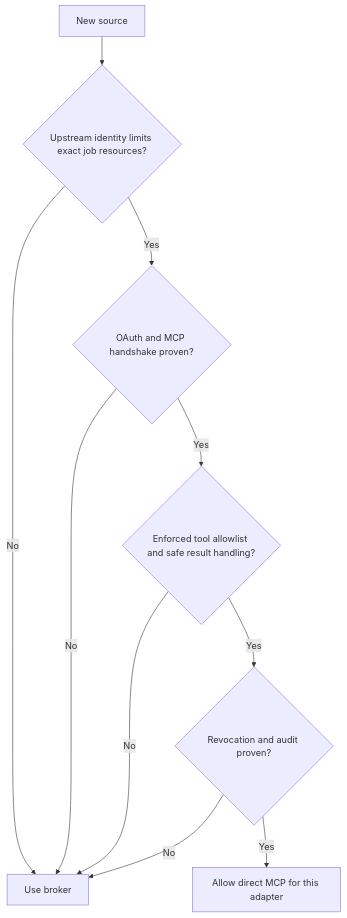
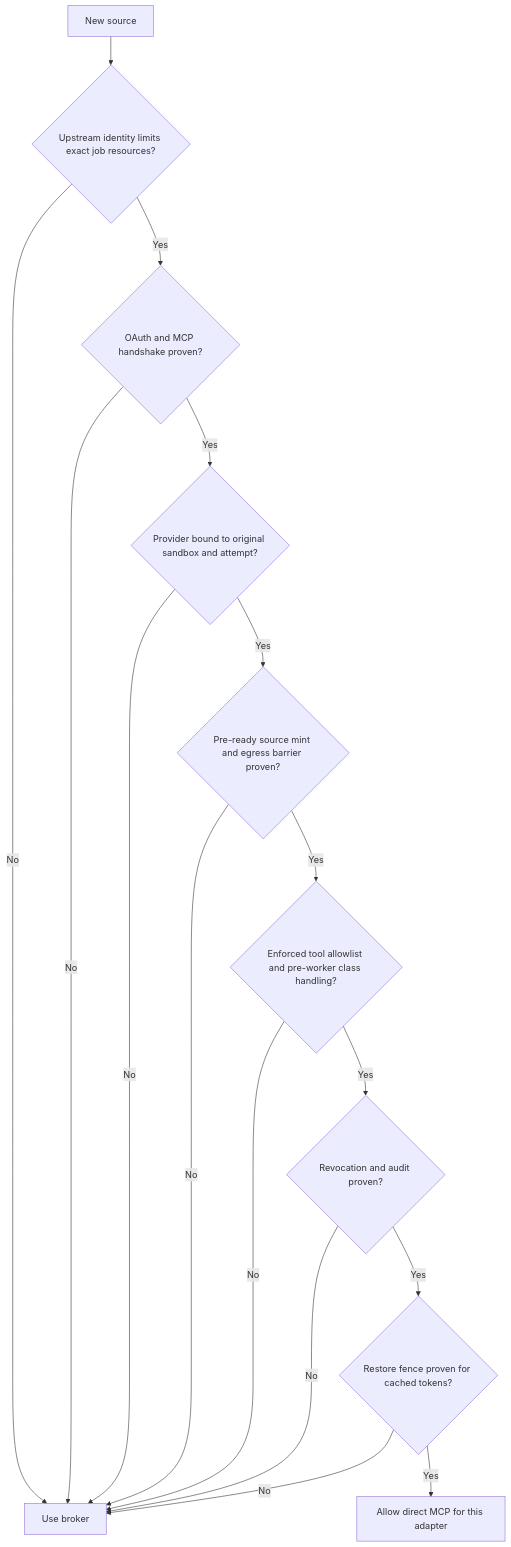
The ninth of 12 diagrams in docs/design/mcp-connector-broker.md (gvaibhav/openshell-deep-research-platform), drawn with Mermaid before and after one commit. The commit also changed other lines of this file and 48 other files, not shown here.

````diff
--- a/docs/design/mcp-connector-broker.md
+++ b/docs/design/mcp-connector-broker.md
@@ -212,12 +319,18 @@
 ```mermaid
 flowchart TD
     Source[New source] --> Scope{Upstream identity limits exact job resources?}
     Scope -->|No| Broker[Use broker]
     Scope -->|Yes| OAuth{OAuth and MCP handshake proven?}
     OAuth -->|No| Broker
-    OAuth -->|Yes| Policy{Enforced tool allowlist and safe result handling?}
+    OAuth -->|Yes| Binding{Provider bound to original sandbox and attempt?}
+    Binding -->|No| Broker
+    Binding -->|Yes| Ready{Pre-ready source mint and egress barrier proven?}
+    Ready -->|No| Broker
+    Ready -->|Yes| Policy{Enforced tool allowlist and pre-worker class handling?}
     Policy -->|No| Broker
     Policy -->|Yes| Revoke{Revocation and audit proven?}
     Revoke -->|No| Broker
-    Revoke -->|Yes| Direct[Allow direct MCP for this adapter]
+    Revoke -->|Yes| Recovery{Restore fence proven for cached tokens?}
+    Recovery -->|No| Broker
+    Recovery -->|Yes| Direct[Allow direct MCP for this adapter]
 ```
````
